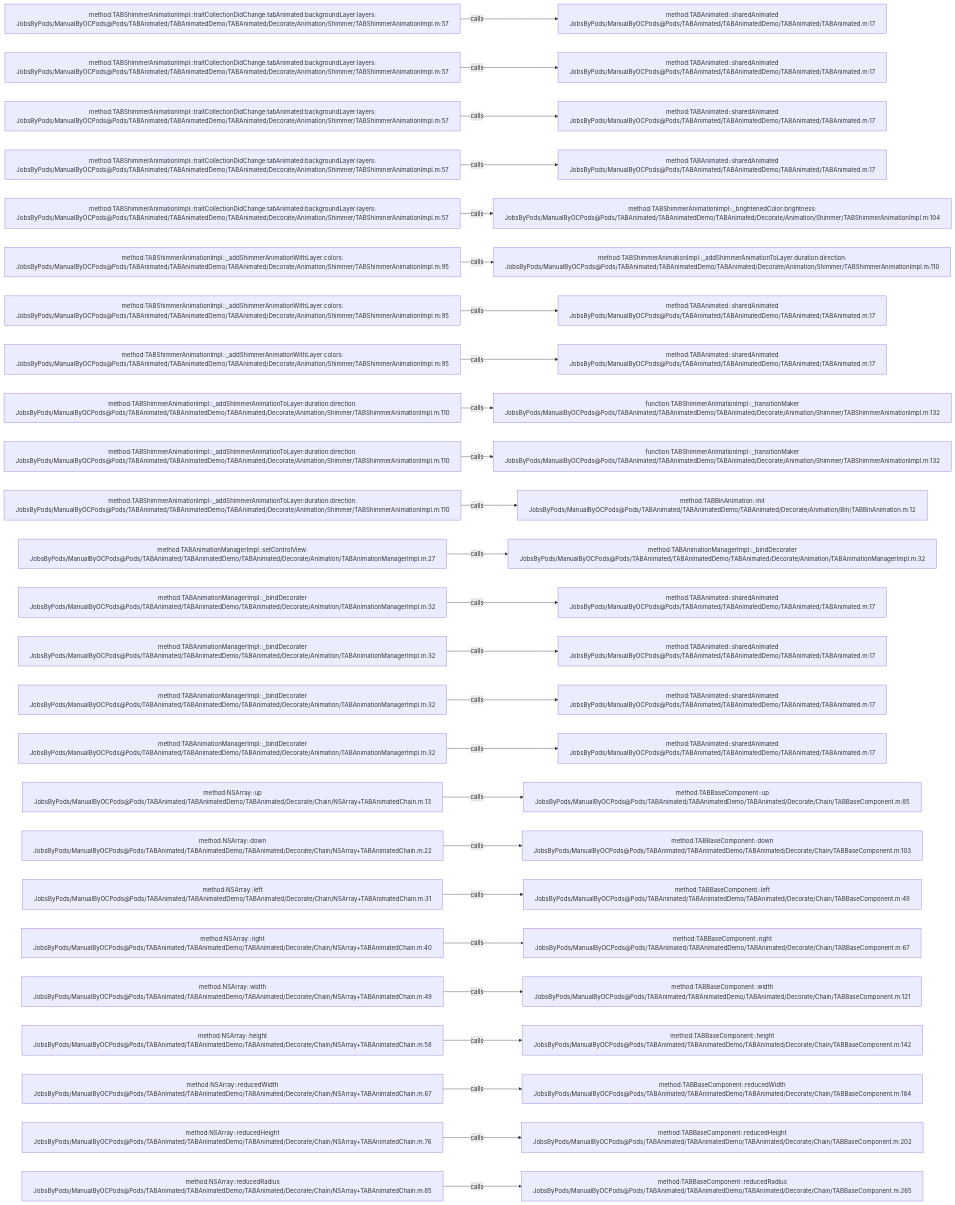
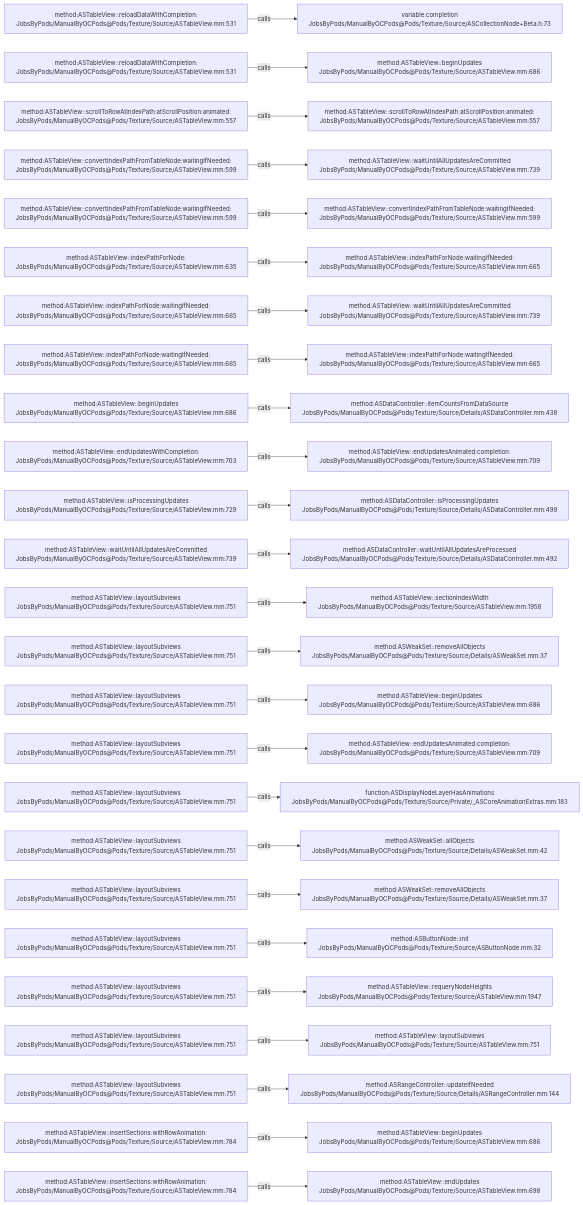
The diagram in .codegraph/codegraph.md/graphs/calls-135.md (JobsKits/JobsOCBaseConfigDemo), drawn with Mermaid before and after one commit. The commit also changed 2162 other files, not shown here.

````diff
--- a/.codegraph/codegraph.md/graphs/calls-135.md
+++ b/.codegraph/codegraph.md/graphs/calls-135.md
@@ -13,78 +13,78 @@
 ```mermaid
 flowchart LR
-  S1["method:TABShimmerAnimationImpl::traitCollectionDidChange:tabAnimated:backgroundLayer:layers:<br/>JobsByPods/ManualByOCPods@Pods/TABAnimated/TABAnimatedDemo/TABAnimated/Decorate/Animation/Shimmer/TABShimmerAnimationImpl.m:57"]
-  T1["method:TABAnimated::sharedAnimated<br/>JobsByPods/ManualByOCPods@Pods/TABAnimated/TABAnimatedDemo/TABAnimated/TABAnimated.m:17"]
+  S1["method:ASTableView::reloadDataWithCompletion:<br/>JobsByPods/ManualByOCPods@Pods/Texture/Source/ASTableView.mm:531"]
+  T1["variable:completion<br/>JobsByPods/ManualByOCPods@Pods/Texture/Source/ASCollectionNode+Beta.h:73"]
   S1 -->|calls| T1
-  S2["method:TABShimmerAnimationImpl::traitCollectionDidChange:tabAnimated:backgroundLayer:layers:<br/>JobsByPods/ManualByOCPods@Pods/TABAnimated/TABAnimatedDemo/TABAnimated/Decorate/Animation/Shimmer/TABShimmerAnimationImpl.m:57"]
-  T2["method:TABAnimated::sharedAnimated<br/>JobsByPods/ManualByOCPods@Pods/TABAnimated/TABAnimatedDemo/TABAnimated/TABAnimated.m:17"]
+  S2["method:ASTableView::reloadDataWithCompletion:<br/>JobsByPods/ManualByOCPods@Pods/Texture/Source/ASTableView.mm:531"]
+  T2["method:ASTableView::beginUpdates<br/>JobsByPods/ManualByOCPods@Pods/Texture/Source/ASTableView.mm:686"]
   S2 -->|calls| T2
-  S3["method:TABShimmerAnimationImpl::traitCollectionDidChange:tabAnimated:backgroundLayer:layers:<br/>JobsByPods/ManualByOCPods@Pods/TABAnimated/TABAnimatedDemo/TABAnimated/Decorate/Animation/Shimmer/TABShimmerAnimationImpl.m:57"]
-  T3["method:TABAnimated::sharedAnimated<br/>JobsByPods/ManualByOCPods@Pods/TABAnimated/TABAnimatedDemo/TABAnimated/TABAnimated.m:17"]
+  S3["method:ASTableView::scrollToRowAtIndexPath:atScrollPosition:animated:<br/>JobsByPods/ManualByOCPods@Pods/Texture/Source/ASTableView.mm:557"]
+  T3["method:ASTableView::scrollToRowAtIndexPath:atScrollPosition:animated:<br/>JobsByPods/ManualByOCPods@Pods/Texture/Source/ASTableView.mm:557"]
   S3 -->|calls| T3
-  S4["method:TABShimmerAnimationImpl::traitCollectionDidChange:tabAnimated:backgroundLayer:layers:<br/>JobsByPods/ManualByOCPods@Pods/TABAnimated/TABAnimatedDemo/TABAnimated/Decorate/Animation/Shimmer/TABShimmerAnimationImpl.m:57"]
-  T4["method:TABAnimated::sharedAnimated<br/>JobsByPods/ManualByOCPods@Pods/TABAnimated/TABAnimatedDemo/TABAnimated/TABAnimated.m:17"]
+  S4["method:ASTableView::convertIndexPathFromTableNode:waitingIfNeeded:<br/>JobsByPods/ManualByOCPods@Pods/Texture/Source/ASTableView.mm:599"]
+  T4["method:ASTableView::waitUntilAllUpdatesAreCommitted<br/>JobsByPods/ManualByOCPods@Pods/Texture/Source/ASTableView.mm:739"]
   S4 -->|calls| T4
-  S5["method:TABShimmerAnimationImpl::traitCollectionDidChange:tabAnimated:backgroundLayer:layers:<br/>JobsByPods/ManualByOCPods@Pods/TABAnimated/TABAnimatedDemo/TABAnimated/Decorate/Animation/Shimmer/TABShimmerAnimationImpl.m:57"]
-  T5["method:TABShimmerAnimationImpl::_brightenedColor:brightness:<br/>JobsByPods/ManualByOCPods@Pods/TABAnimated/TABAnimatedDemo/TABAnimated/Decorate/Animation/Shimmer/TABShimmerAnimationImpl.m:104"]
+  S5["method:ASTableView::convertIndexPathFromTableNode:waitingIfNeeded:<br/>JobsByPods/ManualByOCPods@Pods/Texture/Source/ASTableView.mm:599"]
+  T5["method:ASTableView::convertIndexPathFromTableNode:waitingIfNeeded:<br/>JobsByPods/ManualByOCPods@Pods/Texture/Source/ASTableView.mm:599"]
   S5 -->|calls| T5
-  S6["method:TABShimmerAnimationImpl::_addShimmerAnimationWithLayer:colors:<br/>JobsByPods/ManualByOCPods@Pods/TABAnimated/TABAnimatedDemo/TABAnimated/Decorate/Animation/Shimmer/TABShimmerAnimationImpl.m:95"]
-  T6["method:TABShimmerAnimationImpl::_addShimmerAnimationToLayer:duration:direction:<br/>JobsByPods/ManualByOCPods@Pods/TABAnimated/TABAnimatedDemo/TABAnimated/Decorate/Animation/Shimmer/TABShimmerAnimationImpl.m:110"]
+  S6["method:ASTableView::indexPathForNode:<br/>JobsByPods/ManualByOCPods@Pods/Texture/Source/ASTableView.mm:635"]
+  T6["method:ASTableView::indexPathForNode:waitingIfNeeded:<br/>JobsByPods/ManualByOCPods@Pods/Texture/Source/ASTableView.mm:665"]
   S6 -->|calls| T6
-  S7["method:TABShimmerAnimationImpl::_addShimmerAnimationWithLayer:colors:<br/>JobsByPods/ManualByOCPods@Pods/TABAnimated/TABAnimatedDemo/TABAnimated/Decorate/Animation/Shimmer/TABShimmerAnimationImpl.m:95"]
-  T7["method:TABAnimated::sharedAnimated<br/>JobsByPods/ManualByOCPods@Pods/TABAnimated/TABAnimatedDemo/TABAnimated/TABAnimated.m:17"]
+  S7["method:ASTableView::indexPathForNode:waitingIfNeeded:<br/>JobsByPods/ManualByOCPods@Pods/Texture/Source/ASTableView.mm:665"]
+  T7["method:ASTableView::waitUntilAllUpdatesAreCommitted<br/>JobsByPods/ManualByOCPods@Pods/Texture/Source/ASTableView.mm:739"]
   S7 -->|calls| T7
-  S8["method:TABShimmerAnimationImpl::_addShimmerAnimationWithLayer:colors:<br/>JobsByPods/ManualByOCPods@Pods/TABAnimated/TABAnimatedDemo/TABAnimated/Decorate/Animation/Shimmer/TABShimmerAnimationImpl.m:95"]
-  T8["method:TABAnimated::sharedAnimated<br/>JobsByPods/ManualByOCPods@Pods/TABAnimated/TABAnimatedDemo/TABAnimated/TABAnimated.m:17"]
+  S8["method:ASTableView::indexPathForNode:waitingIfNeeded:<br/>JobsByPods/ManualByOCPods@Pods/Texture/Source/ASTableView.mm:665"]
+  T8["method:ASTableView::indexPathForNode:waitingIfNeeded:<br/>JobsByPods/ManualByOCPods@Pods/Texture/Source/ASTableView.mm:665"]
   S8 -->|calls| T8
-  S9["method:TABShimmerAnimationImpl::_addShimmerAnimationToLayer:duration:direction:<br/>JobsByPods/ManualByOCPods@Pods/TABAnimated/TABAnimatedDemo/TABAnimated/Decorate/Animation/Shimmer/TABShimmerAnimationImpl.m:110"]
-  T9["function:TABShimmerAnimationImpl::_transitionMaker<br/>JobsByPods/ManualByOCPods@Pods/TABAnimated/TABAnimatedDemo/TABAnimated/Decorate/Animation/Shimmer/TABShimmerAnimationImpl.m:132"]
+  S9["method:ASTableView::beginUpdates<br/>JobsByPods/ManualByOCPods@Pods/Texture/Source/ASTableView.mm:686"]
+  T9["method:ASDataController::itemCountsFromDataSource<br/>JobsByPods/ManualByOCPods@Pods/Texture/Source/Details/ASDataController.mm:438"]
   S9 -->|calls| T9
-  S10["method:TABShimmerAnimationImpl::_addShimmerAnimationToLayer:duration:direction:<br/>JobsByPods/ManualByOCPods@Pods/TABAnimated/TABAnimatedDemo/TABAnimated/Decorate/Animation/Shimmer/TABShimmerAnimationImpl.m:110"]
-  T10["function:TABShimmerAnimationImpl::_transitionMaker<br/>JobsByPods/ManualByOCPods@Pods/TABAnimated/TABAnimatedDemo/TABAnimated/Decorate/Animation/Shimmer/TABShimmerAnimationImpl.m:132"]
+  S10["method:ASTableView::endUpdatesWithCompletion:<br/>JobsByPods/ManualByOCPods@Pods/Texture/Source/ASTableView.mm:703"]
+  T10["method:ASTableView::endUpdatesAnimated:completion:<br/>JobsByPods/ManualByOCPods@Pods/Texture/Source/ASTableView.mm:709"]
   S10 -->|calls| T10
-  S11["method:TABShimmerAnimationImpl::_addShimmerAnimationToLayer:duration:direction:<br/>JobsByPods/ManualByOCPods@Pods/TABAnimated/TABAnimatedDemo/TABAnimated/Decorate/Animation/Shimmer/TABShimmerAnimationImpl.m:110"]
-  T11["method:TABBinAnimation::init<br/>JobsByPods/ManualByOCPods@Pods/TABAnimated/TABAnimatedDemo/TABAnimated/Decorate/Animation/Bin/TABBinAnimation.m:12"]
+  S11["method:ASTableView::isProcessingUpdates<br/>JobsByPods/ManualByOCPods@Pods/Texture/Source/ASTableView.mm:729"]
+  T11["method:ASDataController::isProcessingUpdates<br/>JobsByPods/ManualByOCPods@Pods/Texture/Source/Details/ASDataController.mm:499"]
   S11 -->|calls| T11
-  S12["method:TABAnimationManagerImpl::setControlView:<br/>JobsByPods/ManualByOCPods@Pods/TABAnimated/TABAnimatedDemo/TABAnimated/Decorate/Animation/TABAnimationManagerImpl.m:27"]
-  T12["method:TABAnimationManagerImpl::_bindDecorater<br/>JobsByPods/ManualByOCPods@Pods/TABAnimated/TABAnimatedDemo/TABAnimated/Decorate/Animation/TABAnimationManagerImpl.m:32"]
+  S12["method:ASTableView::waitUntilAllUpdatesAreCommitted<br/>JobsByPods/ManualByOCPods@Pods/Texture/Source/ASTableView.mm:739"]
+  T12["method:ASDataController::waitUntilAllUpdatesAreProcessed<br/>JobsByPods/ManualByOCPods@Pods/Texture/Source/Details/ASDataController.mm:492"]
   S12 -->|calls| T12
-  S13["method:TABAnimationManagerImpl::_bindDecorater<br/>JobsByPods/ManualByOCPods@Pods/TABAnimated/TABAnimatedDemo/TABAnimated/Decorate/Animation/TABAnimationManagerImpl.m:32"]
-  T13["method:TABAnimated::sharedAnimated<br/>JobsByPods/ManualByOCPods@Pods/TABAnimated/TABAnimatedDemo/TABAnimated/TABAnimated.m:17"]
+  S13["method:ASTableView::layoutSubviews<br/>JobsByPods/ManualByOCPods@Pods/Texture/Source/ASTableView.mm:751"]
+  T13["method:ASTableView::sectionIndexWidth<br/>JobsByPods/ManualByOCPods@Pods/Texture/Source/ASTableView.mm:1958"]
   S13 -->|calls| T13
-  S14["method:TABAnimationManagerImpl::_bindDecorater<br/>JobsByPods/ManualByOCPods@Pods/TABAnimated/TABAnimatedDemo/TABAnimated/Decorate/Animation/TABAnimationManagerImpl.m:32"]
-  T14["method:TABAnimated::sharedAnimated<br/>JobsByPods/ManualByOCPods@Pods/TABAnimated/TABAnimatedDemo/TABAnimated/TABAnimated.m:17"]
+  S14["method:ASTableView::layoutSubviews<br/>JobsByPods/ManualByOCPods@Pods/Texture/Source/ASTableView.mm:751"]
+  T14["method:ASWeakSet::removeAllObjects<br/>JobsByPods/ManualByOCPods@Pods/Texture/Source/Details/ASWeakSet.mm:37"]
   S14 -->|calls| T14
-  S15["method:TABAnimationManagerImpl::_bindDecorater<br/>JobsByPods/ManualByOCPods@Pods/TABAnimated/TABAnimatedDemo/TABAnimated/Decorate/Animation/TABAnimationManagerImpl.m:32"]
-  T15["method:TABAnimated::sharedAnimated<br/>JobsByPods/ManualByOCPods@Pods/TABAnimated/TABAnimatedDemo/TABAnimated/TABAnimated.m:17"]
+  S15["method:ASTableView::layoutSubviews<br/>JobsByPods/ManualByOCPods@Pods/Texture/Source/ASTableView.mm:751"]
+  T15["method:ASTableView::beginUpdates<br/>JobsByPods/ManualByOCPods@Pods/Texture/Source/ASTableView.mm:686"]
   S15 -->|calls| T15
-  S16["method:TABAnimationManagerImpl::_bindDecorater<br/>JobsByPods/ManualByOCPods@Pods/TABAnimated/TABAnimatedDemo/TABAnimated/Decorate/Animation/TABAnimationManagerImpl.m:32"]
-  T16["method:TABAnimated::sharedAnimated<br/>JobsByPods/ManualByOCPods@Pods/TABAnimated/TABAnimatedDemo/TABAnimated/TABAnimated.m:17"]
+  S16["method:ASTableView::layoutSubviews<br/>JobsByPods/ManualByOCPods@Pods/Texture/Source/ASTableView.mm:751"]
+  T16["method:ASTableView::endUpdatesAnimated:completion:<br/>JobsByPods/ManualByOCPods@Pods/Texture/Source/ASTableView.mm:709"]
   S16 -->|calls| T16
-  S17["method:NSArray::up<br/>JobsByPods/ManualByOCPods@Pods/TABAnimated/TABAnimatedDemo/TABAnimated/Decorate/Chain/NSArray+TABAnimatedChain.m:13"]
-  T17["method:TABBaseComponent::up<br/>JobsByPods/ManualByOCPods@Pods/TABAnimated/TABAnimatedDemo/TABAnimated/Decorate/Chain/TABBaseComponent.m:85"]
+  S17["method:ASTableView::layoutSubviews<br/>JobsByPods/ManualByOCPods@Pods/Texture/Source/ASTableView.mm:751"]
+  T17["function:ASDisplayNodeLayerHasAnimations<br/>JobsByPods/ManualByOCPods@Pods/Texture/Source/Private/_ASCoreAnimationExtras.mm:183"]
   S17 -->|calls| T17
-  S18["method:NSArray::down<br/>JobsByPods/ManualByOCPods@Pods/TABAnimated/TABAnimatedDemo/TABAnimated/Decorate/Chain/NSArray+TABAnimatedChain.m:22"]
-  T18["method:TABBaseComponent::down<br/>JobsByPods/ManualByOCPods@Pods/TABAnimated/TABAnimatedDemo/TABAnimated/Decorate/Chain/TABBaseComponent.m:103"]
+  S18["method:ASTableView::layoutSubviews<br/>JobsByPods/ManualByOCPods@Pods/Texture/Source/ASTableView.mm:751"]
+  T18["method:ASWeakSet::allObjects<br/>JobsByPods/ManualByOCPods@Pods/Texture/Source/Details/ASWeakSet.mm:42"]
   S18 -->|calls| T18
-  S19["method:NSArray::left<br/>JobsByPods/ManualByOCPods@Pods/TABAnimated/TABAnimatedDemo/TABAnimated/Decorate/Chain/NSArray+TABAnimatedChain.m:31"]
-  T19["method:TABBaseComponent::left<br/>JobsByPods/ManualByOCPods@Pods/TABAnimated/TABAnimatedDemo/TABAnimated/Decorate/Chain/TABBaseComponent.m:49"]
+  S19["method:ASTableView::layoutSubviews<br/>JobsByPods/ManualByOCPods@Pods/Texture/Source/ASTableView.mm:751"]
+  T19["method:ASWeakSet::removeAllObjects<br/>JobsByPods/ManualByOCPods@Pods/Texture/Source/Details/ASWeakSet.mm:37"]
   S19 -->|calls| T19
-  S20["method:NSArray::right<br/>JobsByPods/ManualByOCPods@Pods/TABAnimated/TABAnimatedDemo/TABAnimated/Decorate/Chain/NSArray+TABAnimatedChain.m:40"]
-  T20["method:TABBaseComponent::right<br/>JobsByPods/ManualByOCPods@Pods/TABAnimated/TABAnimatedDemo/TABAnimated/Decorate/Chain/TABBaseComponent.m:67"]
+  S20["method:ASTableView::layoutSubviews<br/>JobsByPods/ManualByOCPods@Pods/Texture/Source/ASTableView.mm:751"]
+  T20["method:ASButtonNode::init<br/>JobsByPods/ManualByOCPods@Pods/Texture/Source/ASButtonNode.mm:32"]
   S20 -->|calls| T20
-  S21["method:NSArray::width<br/>JobsByPods/ManualByOCPods@Pods/TABAnimated/TABAnimatedDemo/TABAnimated/Decorate/Chain/NSArray+TABAnimatedChain.m:49"]
-  T21["method:TABBaseComponent::width<br/>JobsByPods/ManualByOCPods@Pods/TABAnimated/TABAnimatedDemo/TABAnimated/Decorate/Chain/TABBaseComponent.m:121"]
+  S21["method:ASTableView::layoutSubviews<br/>JobsByPods/ManualByOCPods@Pods/Texture/Source/ASTableView.mm:751"]
+  T21["method:ASTableView::requeryNodeHeights<br/>JobsByPods/ManualByOCPods@Pods/Texture/Source/ASTableView.mm:1947"]
   S21 -->|calls| T21
-  S22["method:NSArray::height<br/>JobsByPods/ManualByOCPods@Pods/TABAnimated/TABAnimatedDemo/TABAnimated/Decorate/Chain/NSArray+TABAnimatedChain.m:58"]
-  T22["method:TABBaseComponent::height<br/>JobsByPods/ManualByOCPods@Pods/TABAnimated/TABAnimatedDemo/TABAnimated/Decorate/Chain/TABBaseComponent.m:142"]
+  S22["method:ASTableView::layoutSubviews<br/>JobsByPods/ManualByOCPods@Pods/Texture/Source/ASTableView.mm:751"]
+  T22["method:ASTableView::layoutSubviews<br/>JobsByPods/ManualByOCPods@Pods/Texture/Source/ASTableView.mm:751"]
   S22 -->|calls| T22
-  S23["method:NSArray::reducedWidth<br/>JobsByPods/ManualByOCPods@Pods/TABAnimated/TABAnimatedDemo/TABAnimated/Decorate/Chain/NSArray+TABAnimatedChain.m:67"]
-  T23["method:TABBaseComponent::reducedWidth<br/>JobsByPods/ManualByOCPods@Pods/TABAnimated/TABAnimatedDemo/TABAnimated/Decorate/Chain/TABBaseComponent.m:184"]
+  S23["method:ASTableView::layoutSubviews<br/>JobsByPods/ManualByOCPods@Pods/Texture/Source/ASTableView.mm:751"]
+  T23["method:ASRangeController::updateIfNeeded<br/>JobsByPods/ManualByOCPods@Pods/Texture/Source/Details/ASRangeController.mm:144"]
   S23 -->|calls| T23
-  S24["method:NSArray::reducedHeight<br/>JobsByPods/ManualByOCPods@Pods/TABAnimated/TABAnimatedDemo/TABAnimated/Decorate/Chain/NSArray+TABAnimatedChain.m:76"]
-  T24["method:TABBaseComponent::reducedHeight<br/>JobsByPods/ManualByOCPods@Pods/TABAnimated/TABAnimatedDemo/TABAnimated/Decorate/Chain/TABBaseComponent.m:202"]
+  S24["method:ASTableView::insertSections:withRowAnimation:<br/>JobsByPods/ManualByOCPods@Pods/Texture/Source/ASTableView.mm:784"]
+  T24["method:ASTableView::beginUpdates<br/>JobsByPods/ManualByOCPods@Pods/Texture/Source/ASTableView.mm:686"]
   S24 -->|calls| T24
-  S25["method:NSArray::reducedRadius<br/>JobsByPods/ManualByOCPods@Pods/TABAnimated/TABAnimatedDemo/TABAnimated/Decorate/Chain/NSArray+TABAnimatedChain.m:85"]
-  T25["method:TABBaseComponent::reducedRadius<br/>JobsByPods/ManualByOCPods@Pods/TABAnimated/TABAnimatedDemo/TABAnimated/Decorate/Chain/TABBaseComponent.m:265"]
+  S25["method:ASTableView::insertSections:withRowAnimation:<br/>JobsByPods/ManualByOCPods@Pods/Texture/Source/ASTableView.mm:784"]
+  T25["method:ASTableView::endUpdates<br/>JobsByPods/ManualByOCPods@Pods/Texture/Source/ASTableView.mm:698"]
   S25 -->|calls| T25
 ```
````
